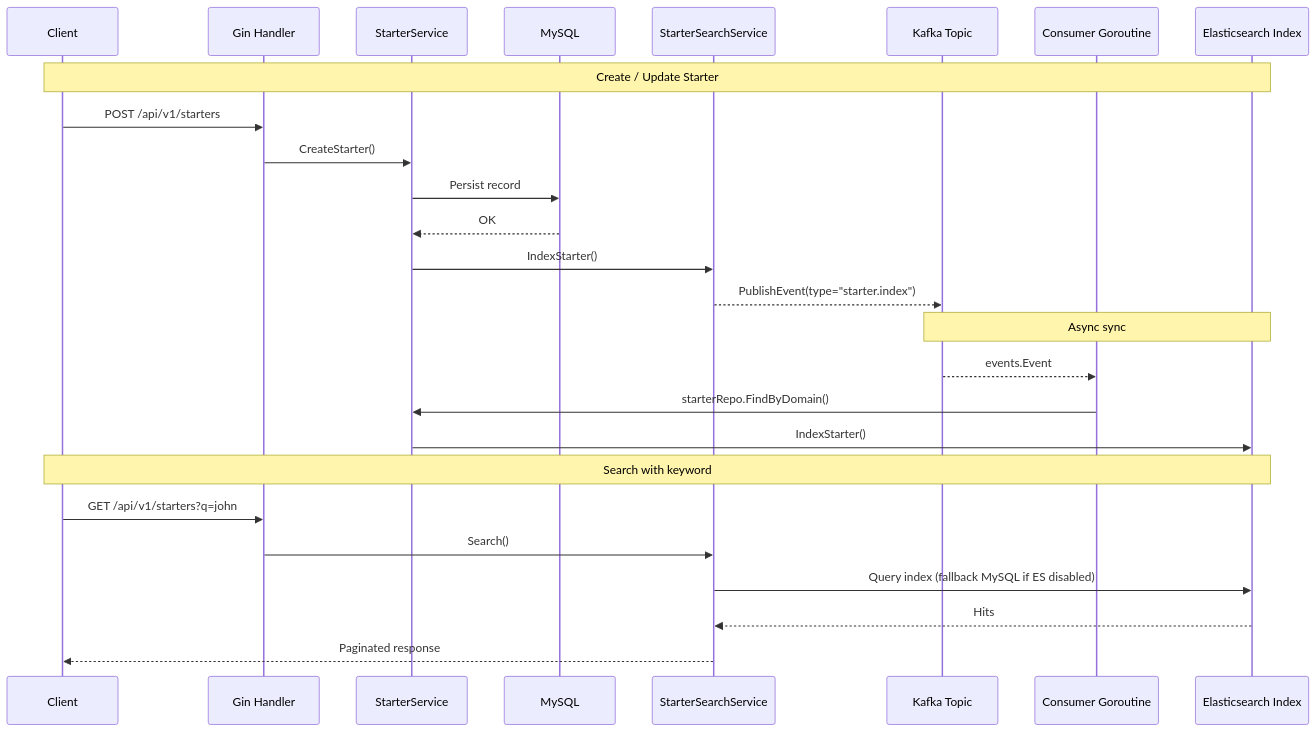
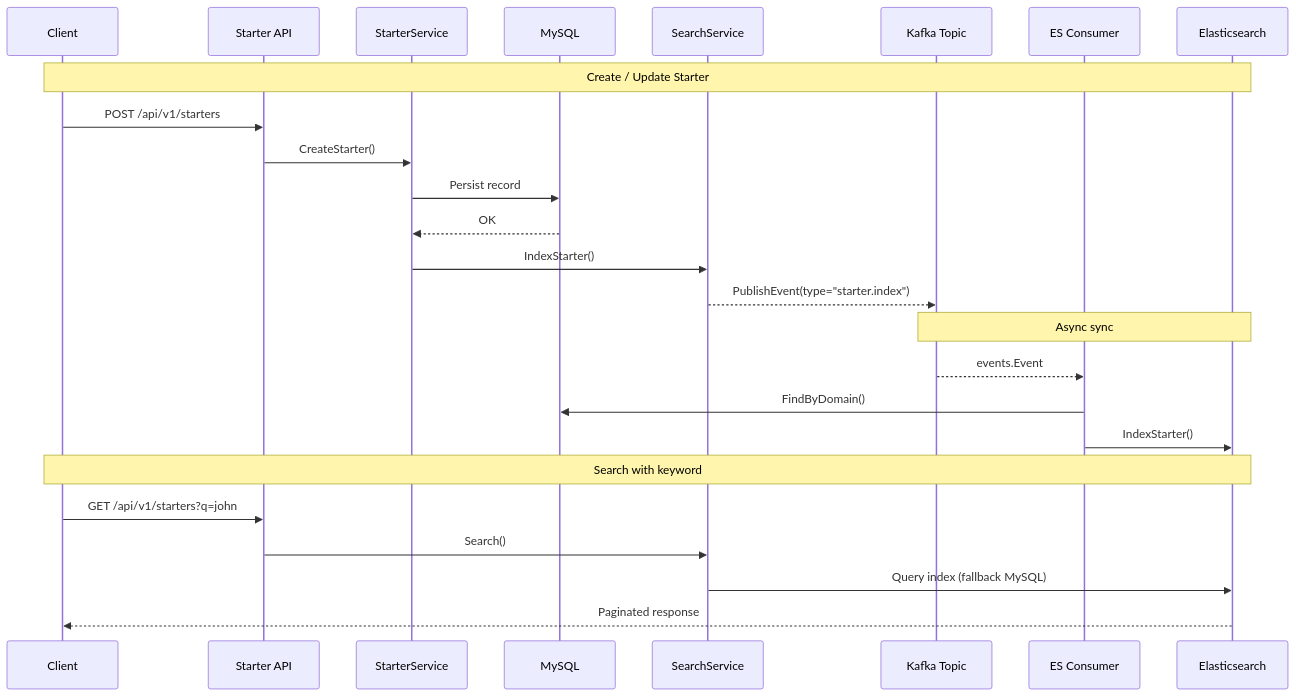
Before and after one commit to kiin21/go-rest: the third of 4 diagrams in README.md, drawn with Mermaid. The commit also changed other lines of this file and 34 other files, not shown here.

````diff
--- a/README.md
+++ b/README.md
@@ -31,31 +156,30 @@
 ```mermaid
 sequenceDiagram
     participant Client
-    participant API as Gin Handler
+    participant API as Starter API
     participant Service as StarterService
     participant DB as MySQL
-    participant Search as StarterSearchService
+    participant Search as SearchService
     participant Kafka as Kafka Topic
-    participant Consumer as Consumer Goroutine
-    participant ES as Elasticsearch Index
+    participant Consumer as ES Consumer
+    participant ES as Elasticsearch
 
     Note over Client,ES: Create / Update Starter
     Client->>API: POST /api/v1/starters
     API->>Service: CreateStarter()
     Service->>DB: Persist record
     DB-->>Service: OK
     Service->>Search: IndexStarter()
     Search-->>Kafka: PublishEvent(type="starter.index")
 
     Note over Kafka,ES: Async sync
     Kafka-->>Consumer: events.Event
-    Consumer->>Service: starterRepo.FindByDomain()
-    Service->>ES: IndexStarter()
+    Consumer->>DB: FindByDomain()
+    Consumer->>ES: IndexStarter()
 
     Note over Client,ES: Search with keyword
     Client->>API: GET /api/v1/starters?q=john
     API->>Search: Search()
-    Search->>ES: Query index (fallback MySQL if ES disabled)
-    ES-->>Search: Hits
-    Search-->>Client: Paginated response
+    Search->>ES: Query index (fallback MySQL)
+    ES-->>Client: Paginated response
 ```
````
